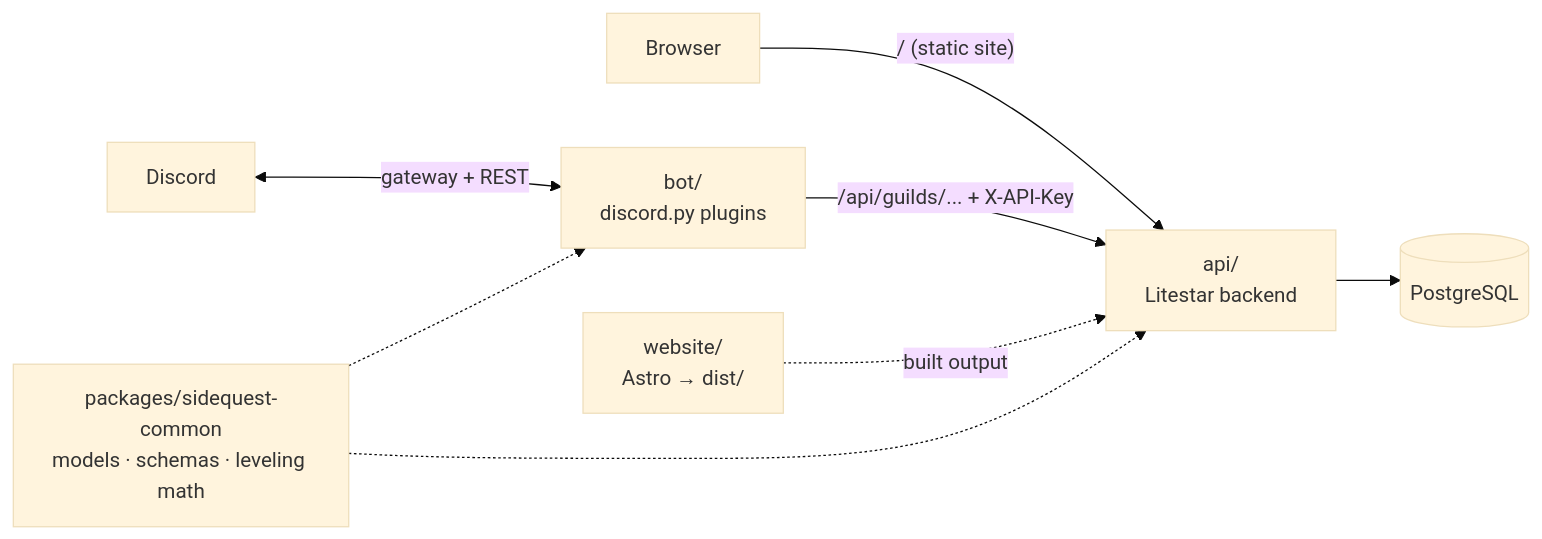
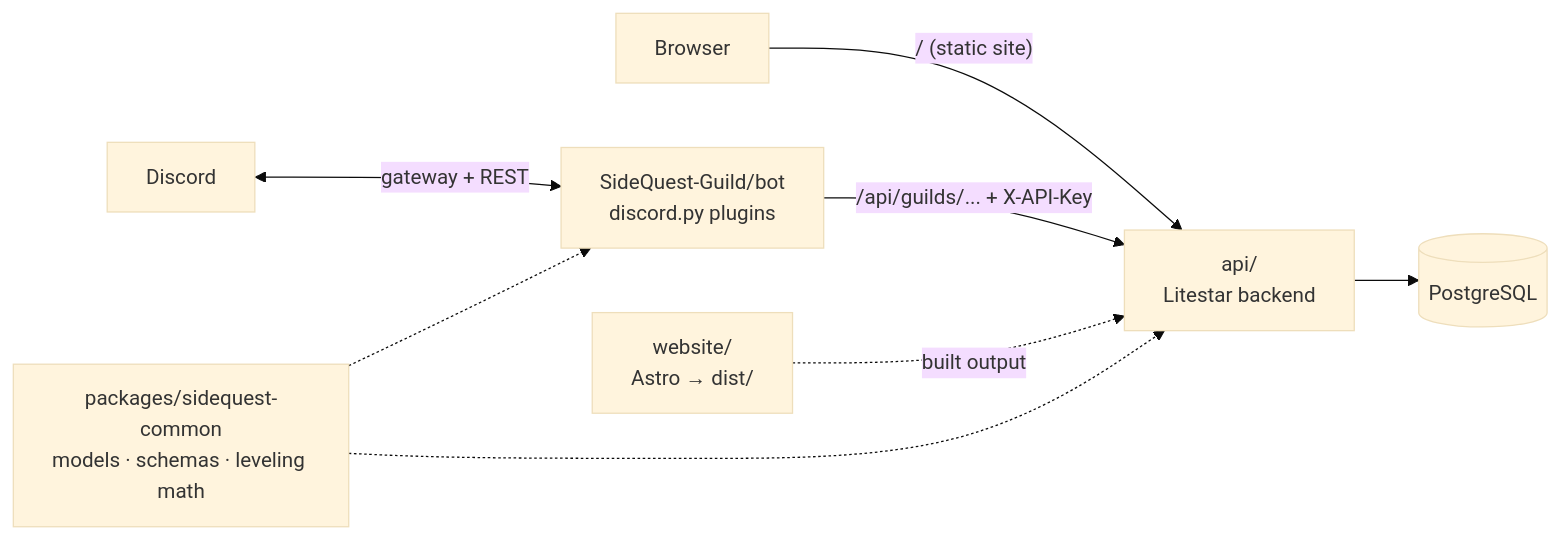
One commit to SideQuest-Guild/website changed the diagram in README.md. Above: the diagram before and after it, drawn with Mermaid (base theme). The commit also changed other lines of this file and 97 other files, not shown here.

Commit message:
chore: the bot moved to SideQuest-Guild/bot; the API tests call bot-key routes directly

````diff
--- a/README.md
+++ b/README.md
@@ -7,9 +8,9 @@
 ```mermaid
 flowchart LR
     Browser -->|"/ (static site)"| API
-    Discord <-->|gateway + REST| Bot["bot/<br/>discord.py plugins"]
+    Discord <-->|gateway + REST| Bot["SideQuest-Guild/bot<br/>discord.py plugins"]
     Bot -->|"/api/guilds/... + X-API-Key"| API["api/<br/>Litestar backend"]
     Website["website/<br/>Astro → dist/"] -.->|built output| API
     API --> DB[(PostgreSQL)]
     Common["packages/sidequest-common<br/>models · schemas · leveling math"] -.-> Bot & API
 ```
````
